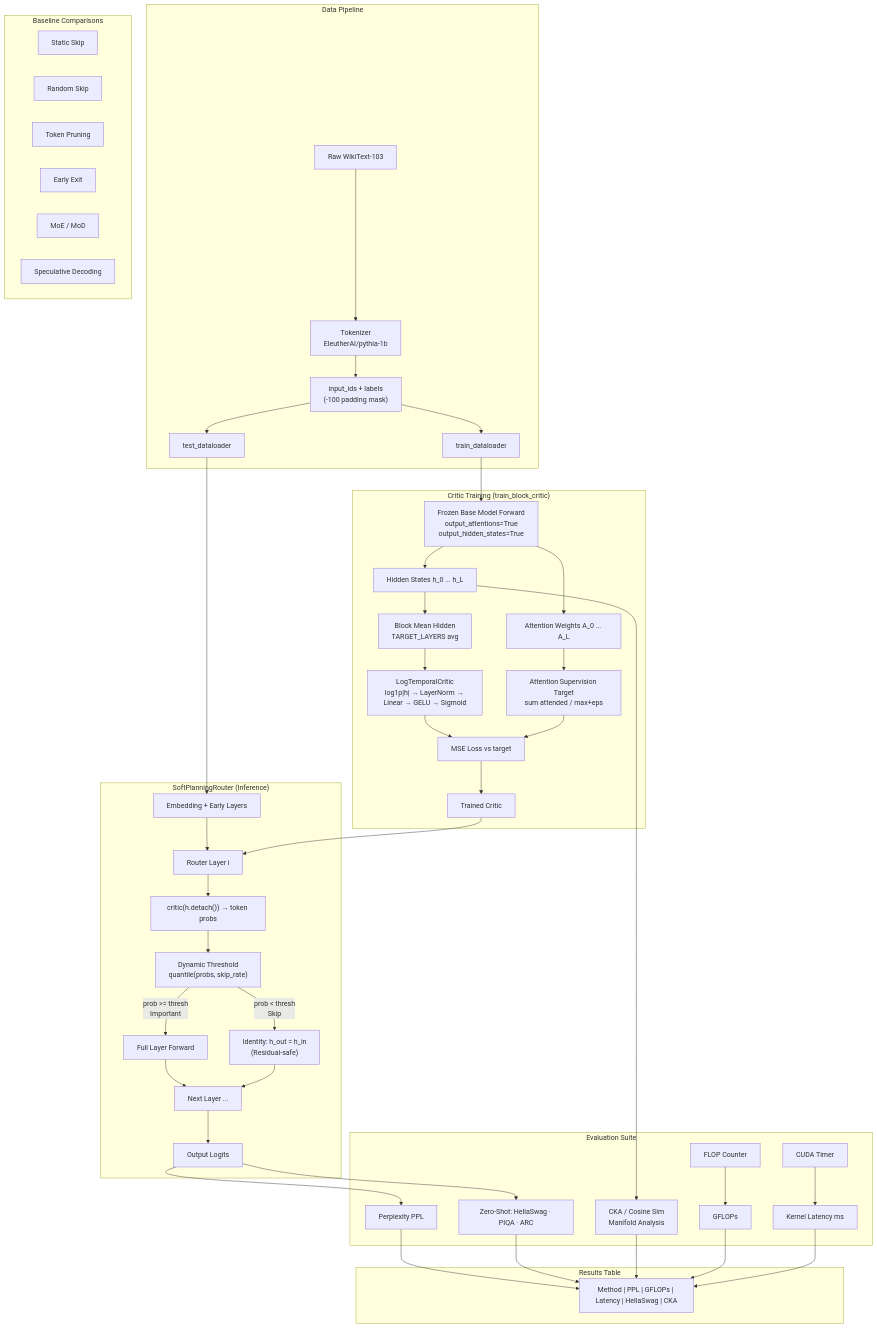
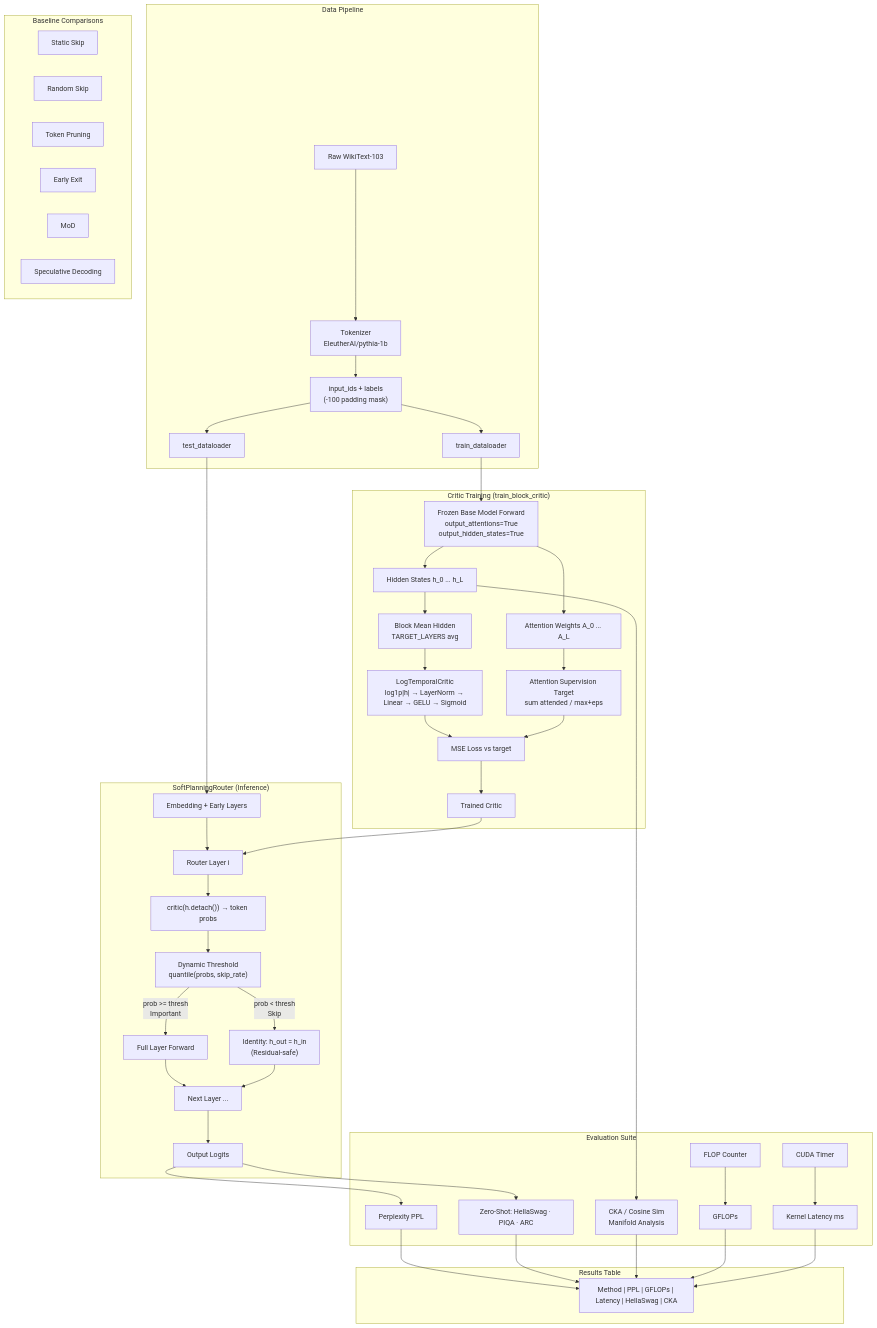
The first of 2 diagrams in docs/architecture.md (KabirResearch/KV-Research), drawn with Mermaid before and after one commit. The commit also changed 5 other files, not shown here.

````diff
--- a/docs/architecture.md
+++ b/docs/architecture.md
@@ -11,59 +11,59 @@
 ```mermaid
 flowchart TD
     subgraph DATA["Data Pipeline"]
         A["Raw WikiText-103"] --> B["Tokenizer\nEleutherAI/pythia-1b"]
         B --> C["input_ids + labels\n(-100 padding mask)"]
         C --> DL1["train_dataloader"]
         C --> DL2["test_dataloader"]
     end
 
     subgraph CRITIC["Critic Training (train_block_critic)"]
         DL1 --> FWD["Frozen Base Model Forward\noutput_attentions=True\noutput_hidden_states=True"]
         FWD --> HS["Hidden States h_0 ... h_L"]
         FWD --> ATT["Attention Weights A_0 ... A_L"]
         HS --> CRIT_IN["Block Mean Hidden\nTARGET_LAYERS avg"]
         ATT --> ATGT["Attention Supervision Target\nsum attended / max+eps"]
         CRIT_IN --> CRIT["LogTemporalCritic\nlog1p|h| → LayerNorm → Linear → GELU → Sigmoid"]
         CRIT --> MSE["MSE Loss vs target"]
         ATGT --> MSE
         MSE --> TRAINED_C["Trained Critic"]
     end
 
     subgraph ROUTER["SoftPlanningRouter (Inference)"]
         DL2 --> EMBED["Embedding + Early Layers"]
         EMBED --> RL["Router Layer i"]
         TRAINED_C --> RL
         RL --> PROB["critic(h.detach()) → token probs"]
         PROB --> THRESH["Dynamic Threshold\nquantile(probs, skip_rate)"]
         THRESH -->|"prob >= thresh\nImportant"| FULL["Full Layer Forward"]
         THRESH -->|"prob < thresh\nSkip"| IDENT["Identity: h_out = h_in\n(Residual-safe)"]
         FULL --> NEXT["Next Layer ..."]
         IDENT --> NEXT
         NEXT --> LOGITS["Output Logits"]
     end
 
     subgraph EVAL["Evaluation Suite"]
         LOGITS --> PPL["Perplexity PPL"]
         LOGITS --> ZS["Zero-Shot: HellaSwag · PIQA · ARC"]
         HS --> MANIFOLD["CKA / Cosine Sim\nManifold Analysis"]
         FLOP_C["FLOP Counter"] --> FLOPS["GFLOPs"]
         CUDA_T["CUDA Timer"] --> LAT["Kernel Latency ms"]
     end
 
     subgraph BASELINES["Baseline Comparisons"]
         BS1["Static Skip"]
         BS2["Random Skip"]
         BS3["Token Pruning"]
         BS4["Early Exit"]
-        BS5["MoE / MoD"]
+        BS5["MoD"]
         BS6["Speculative Decoding"]
     end
 
     subgraph REPORT["Results Table"]
         PPL --> RT["Method | PPL | GFLOPs | Latency | HellaSwag | CKA"]
         ZS --> RT
         MANIFOLD --> RT
         FLOPS --> RT
         LAT --> RT
     end
 ```
````
